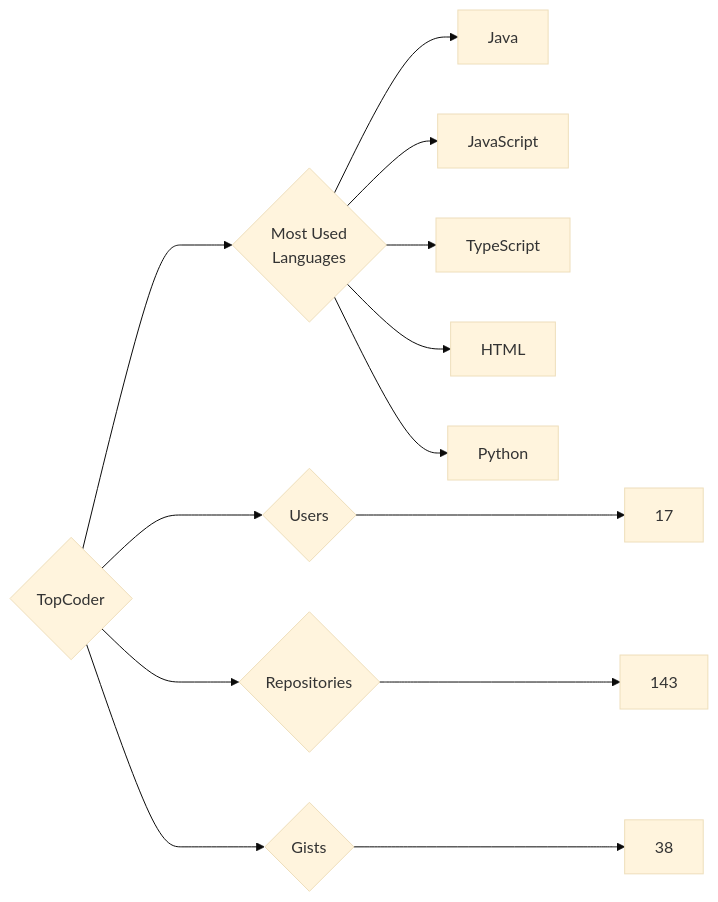
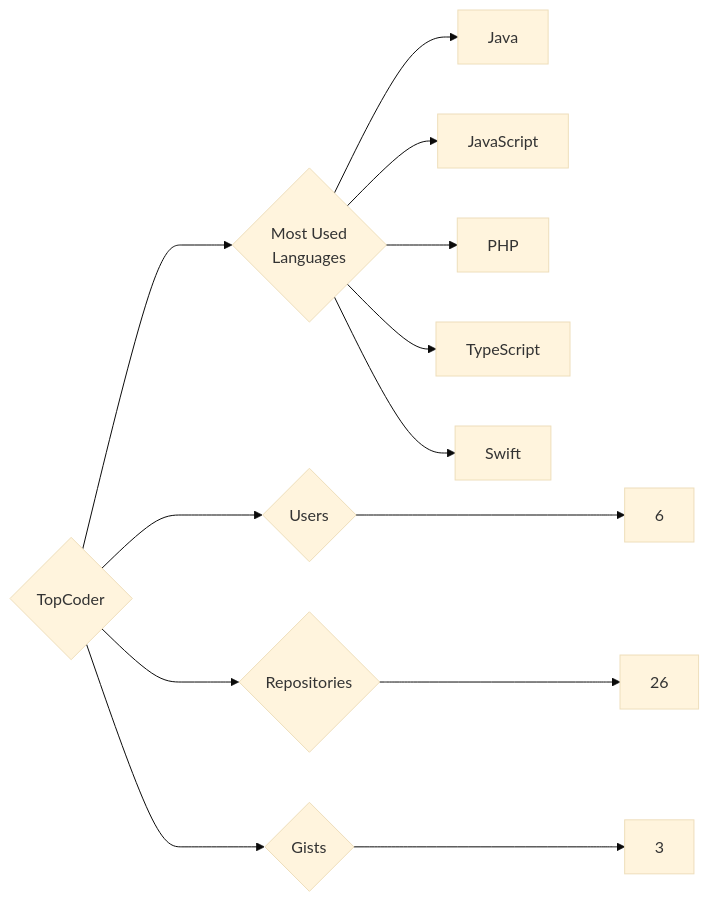
Before and after one commit to trickest/insiders: the diagram in targets/TopCoder/README.md, drawn with Mermaid (base theme). The commit also changed 695 other files, not shown here.

````diff
--- a/targets/TopCoder/README.md
+++ b/targets/TopCoder/README.md
@@ -3,13 +3,13 @@
 ```mermaid
 graph LR
 COMPANY_NAME{TopCoder}
-COMPANY_NAME ---> U{Users} ---> UN[17]
-COMPANY_NAME ---> R{Repositories} ---> RN[143]
-COMPANY_NAME ---> G{Gists} ---> GN[38]
+COMPANY_NAME ---> U{Users} ---> UN[6]
+COMPANY_NAME ---> R{Repositories} ---> RN[26]
+COMPANY_NAME ---> G{Gists} ---> GN[3]
 COMPANY_NAME ---> ML{Most Used<br>Languages}
 ML --> Java[Java]
 ML --> JavaScript[JavaScript]
+ML --> PHP[PHP]
 ML --> TypeScript[TypeScript]
-ML --> HTML[HTML]
-ML --> Python[Python]
+ML --> Swift[Swift]
 ```
````
